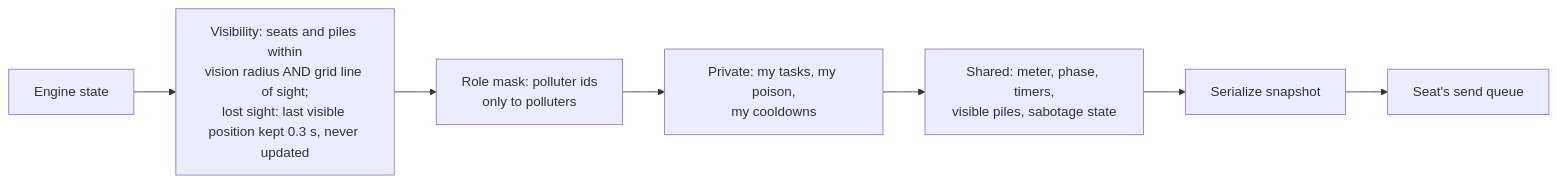
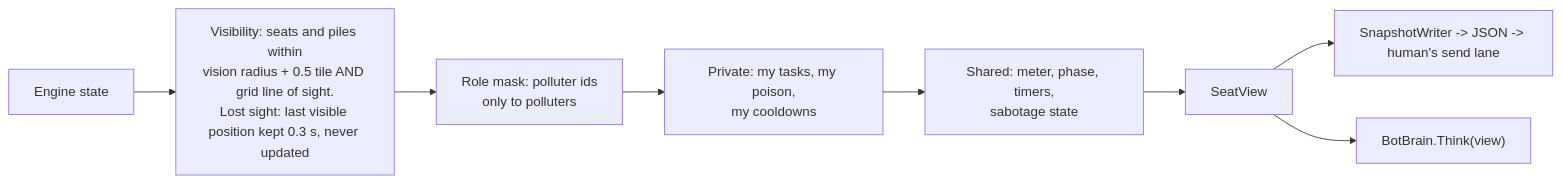
The sixth of 6 diagrams in docs/architecture/02-server.md (Faouzi-Blibech/EcoSus-Uncycled), drawn with Mermaid before and after one commit. The commit also changed other lines of this file and 11 other files, not shown here.

Commit message:
docs: second design review (2026-11-14) for the architecture views and the design spec

````diff
--- a/docs/architecture/02-server.md
+++ b/docs/architecture/02-server.md
@@ -238,9 +282,10 @@
 ```mermaid
 flowchart LR
-    state["Engine state"] --> vis["Visibility: seats and piles within<br/>vision radius AND grid line of sight;<br/>lost sight: last visible position kept 0.3 s, never updated"]
+    state["Engine state"] --> vis["Visibility: seats and piles within<br/>vision radius + 0.5 tile AND grid line of sight.<br/>Lost sight: last visible position kept 0.3 s, never updated"]
     vis --> role["Role mask: polluter ids<br/>only to polluters"]
     role --> mine["Private: my tasks, my poison,<br/>my cooldowns"]
-    mine --> shared["Shared: meter, phase, timers,<br/>visible piles, sabotage state"]
-    shared --> json["Serialize snapshot"]
-    json --> q["Seat's send queue"]
+    mine --> shared["Shared: meter, phase, timers,<br/>sabotage state"]
+    shared --> view["SeatView"]
+    view --> writer["SnapshotWriter -> JSON -> human's send lane"]
+    view --> bot["BotBrain.Think(view)"]
 ```
````
